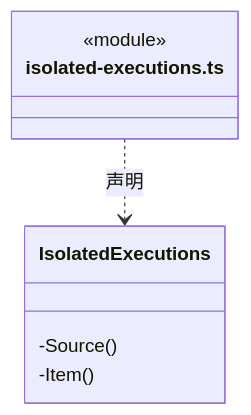
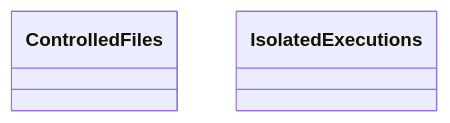
One commit to nan023062/cbim changed the diagram in src/logic/file-operations/service/ARCHITECTURE.md. Above: the diagram before and after it, drawn with Mermaid. The commit also changed other lines of this file and 158 other files, not shown here.

Commit message:
docs: model architecture through nested virtual encapsulations

````diff
--- a/src/logic/file-operations/service/ARCHITECTURE.md
+++ b/src/logic/file-operations/service/ARCHITECTURE.md
@@ -165,11 +20,7 @@
 ```mermaid
 classDiagram
-class N_src_logic_file_operations_service_isolated_executions_ts["isolated-executions.ts"] {
-  <<module>>
-}
-class N_src_logic_file_operations_service_isolated_executions_ts_IsolatedExecutions["IsolatedExecutions"] {
-  -Source()
-  -Item()
-}
-N_src_logic_file_operations_service_isolated_executions_ts ..> N_src_logic_file_operations_service_isolated_executions_ts_IsolatedExecutions : 声明
+class N_79d6b56b82a5["ControlledFiles"]
+click N_79d6b56b82a5 href "controlled-files.ts"
+class N_6ef04dfc6594["IsolatedExecutions"]
+click N_6ef04dfc6594 href "isolated-executions.ts"
 ```
````
